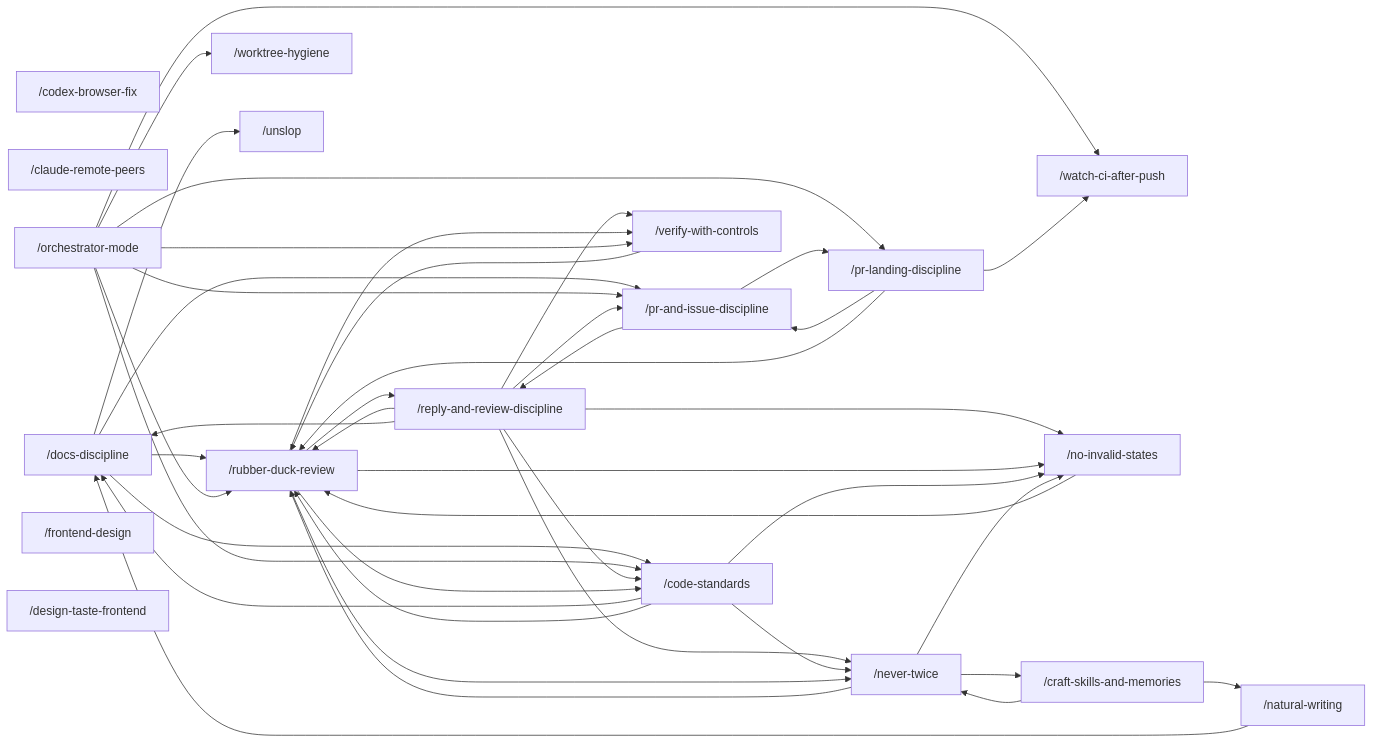
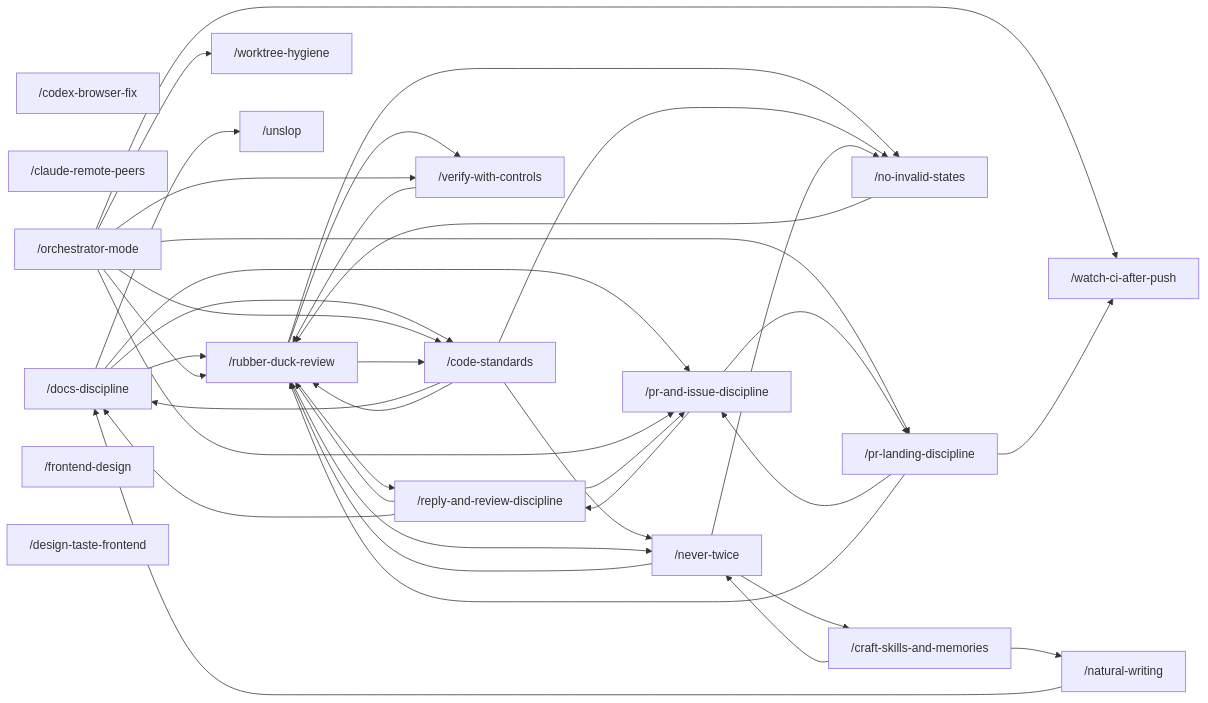
Before and after one commit to Vivswan/skills: the diagram in README.md, drawn with Mermaid. The commit also changed 1 other file, not shown here.

Commit message:
fix(skills): quote the staged-review heredoc and keep the catalog graph to real hand-offs

````diff
--- a/README.md
+++ b/README.md
@@ -49,48 +49,44 @@
 ```mermaid
 graph LR
   cbf["/codex-browser-fix"]
   crp["/claude-remote-peers"]
   dd["/docs-discipline"] --> rdr
   dd --> pid
   dd --> cs
   cs --> dd
   nw --> dd
   om["/orchestrator-mode"] --> rdr["/rubber-duck-review"]
   om --> wca["/watch-ci-after-push"]
   om --> cs["/code-standards"]
   om --> pid["/pr-and-issue-discipline"]
   om --> pld["/pr-landing-discipline"]
   om --> wh["/worktree-hygiene"]
   pid --> pld
   pid --> rrd["/reply-and-review-discipline"]
   rrd --> pid
   rrd --> rdr
-  rrd --> cs
   rrd --> dd
-  rrd --> nt
-  rrd --> nis
-  rrd --> vwc
   rdr --> rrd
   pld --> pid
   pld --> wca
   pld --> rdr
   cs --> rdr
   cs --> nt
   rdr --> cs
   rdr --> nis["/no-invalid-states"]
   rdr --> nt
   rdr --> vwc
   nis --> rdr
   cs --> nis
   nt["/never-twice"] --> rdr
   nt --> nis
   nt --> csm
   om --> vwc["/verify-with-controls"]
   vwc --> rdr
   csm["/craft-skills-and-memories"] --> nw["/natural-writing"]
   us["/unslop"]
   fd["/frontend-design"]
   dtf["/design-taste-frontend"]
   dd --> us
   csm --> nt
 ```
````
